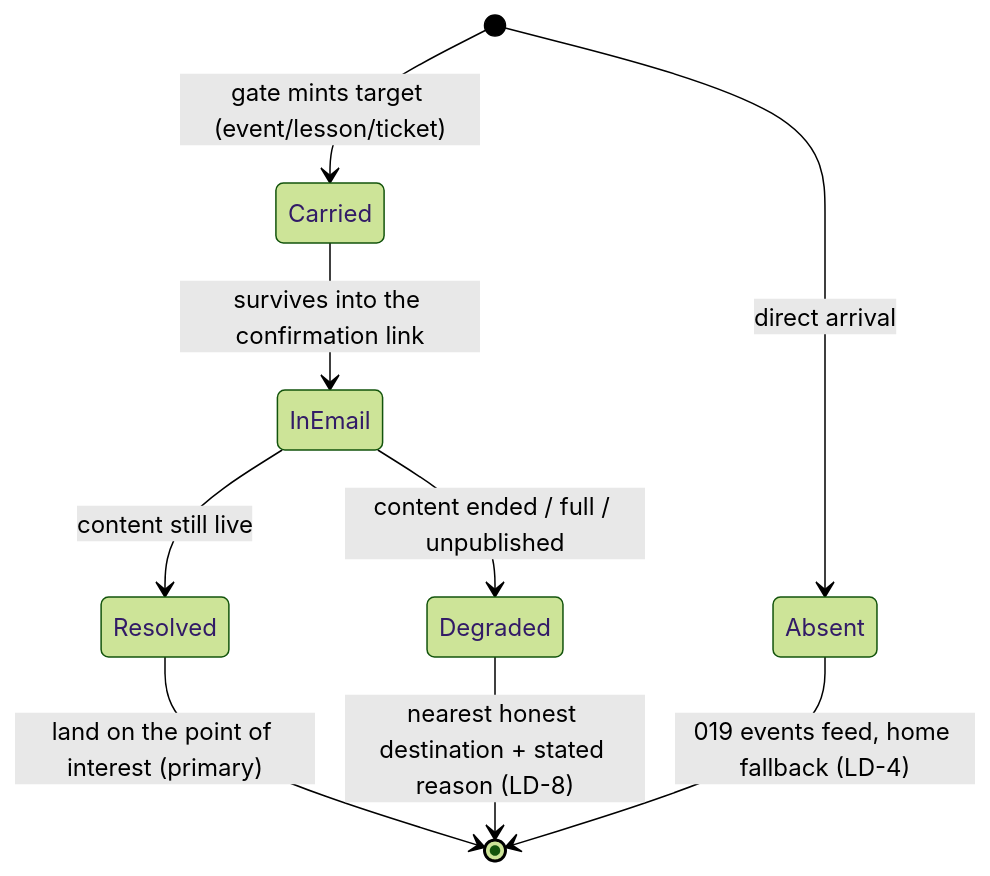
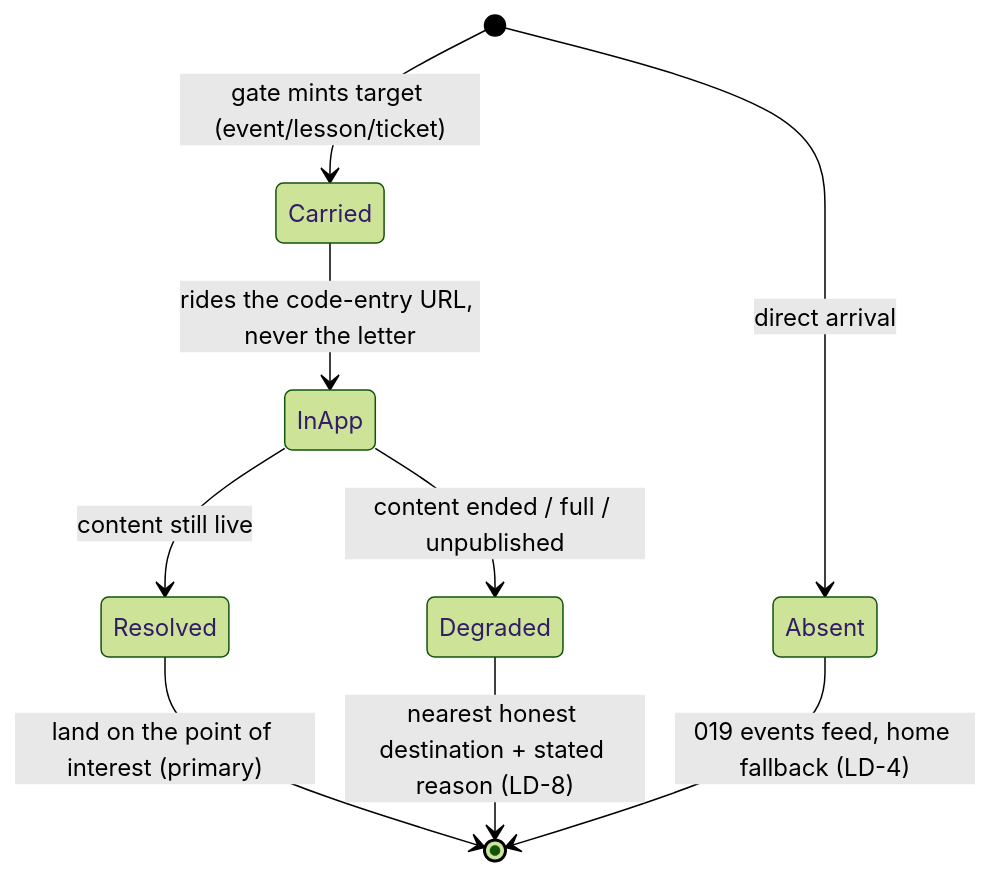
The second of 3 diagrams in apps/docs/content/specs/features/021-doctor-registration/021-design.md (doctor-school/ds-platform), drawn with Mermaid (forest theme) before and after one commit. The commit also changed other lines of this file and 6 other files, not shown here.

First line of the commit message:
test(1546): 021 EARS-10 — the carried return target proven end to end, spec wording matches the link-free 003 email

````diff
--- a/apps/docs/content/specs/features/021-doctor-registration/021-design.md
+++ b/apps/docs/content/specs/features/021-doctor-registration/021-design.md
@@ -62,11 +62,11 @@
 ```mermaid
 stateDiagram-v2
   [*] --> Carried: gate mints target (event/lesson/ticket)
   [*] --> Absent: direct arrival
-  Carried --> InEmail: survives into the confirmation link
-  InEmail --> Resolved: content still live
-  InEmail --> Degraded: content ended / full / unpublished
+  Carried --> InApp: rides the code-entry URL, never the letter
+  InApp --> Resolved: content still live
+  InApp --> Degraded: content ended / full / unpublished
   Resolved --> [*]: land on the point of interest (primary)
   Degraded --> [*]: nearest honest destination + stated reason (LD-8)
   Absent --> [*]: 019 events feed, home fallback (LD-4)
 ```
````
